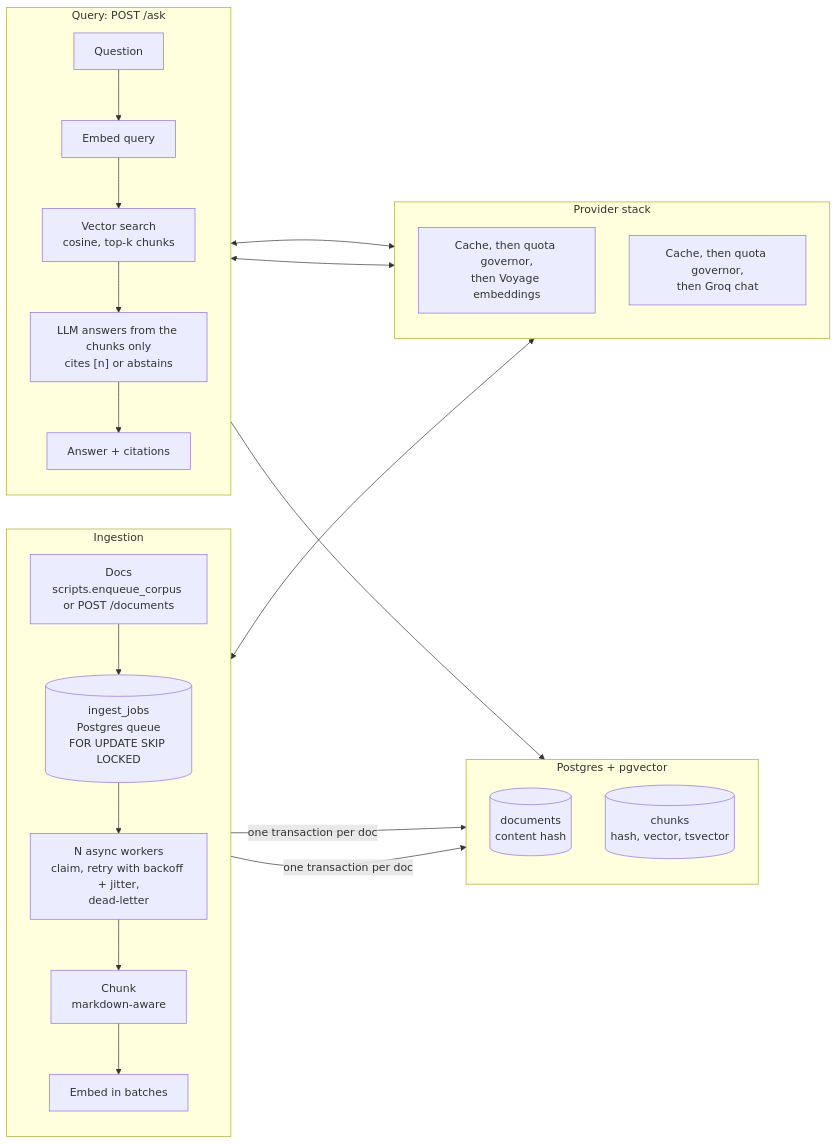
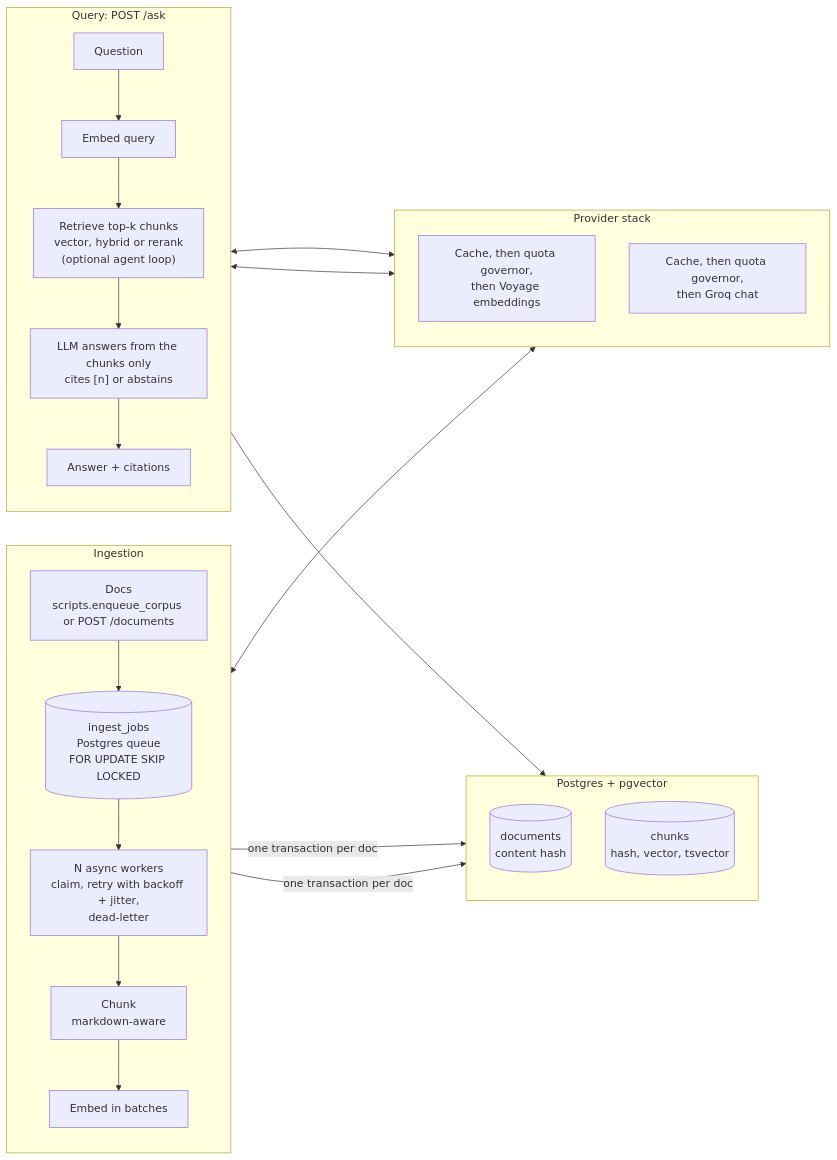
One commit to letims/fastapi-docs-rag changed the diagram in docs/architecture.md. Above: the diagram before and after it, drawn with Mermaid. The commit also changed other lines of this file and 5 other files, not shown here.

Commit message:
Update docs for the cap, the agent loop results and the chat-layer design. Status and results in the README, retrieval and API notes in architecture, heartbeat and the missing delete path in ingestion, new eval commands, roadmap in CLAUDE.md. The chat layer is described as designed, not built.

````diff
--- a/docs/architecture.md
+++ b/docs/architecture.md
@@ -3,41 +3,41 @@
 ```mermaid
 flowchart LR
     subgraph ING["Ingestion"]
         direction TB
         SRC["Docs<br/>scripts.enqueue_corpus or POST /documents"]
         QUEUE[("ingest_jobs<br/>Postgres queue<br/>FOR UPDATE SKIP LOCKED")]
         WORKERS["N async workers<br/>claim, retry with backoff + jitter,<br/>dead-letter"]
         CHUNK["Chunk<br/>markdown-aware"]
         EMBED["Embed in batches"]
         SRC --> QUEUE --> WORKERS --> CHUNK --> EMBED
     end
 
     subgraph STORE["Postgres + pgvector"]
         direction TB
         DOCS[("documents<br/>content hash")]
         CHUNKS[("chunks<br/>hash, vector, tsvector")]
     end
 
     subgraph PROV["Provider stack"]
         direction TB
         STACKEMB["Cache, then quota governor,<br/>then Voyage embeddings"]
         STACKLLM["Cache, then quota governor,<br/>then Groq chat"]
     end
 
     subgraph QRY["Query: POST /ask"]
         direction TB
         Q1["Question"]
         Q2["Embed query"]
-        Q3["Vector search<br/>cosine, top-k chunks"]
+        Q3["Retrieve top-k chunks<br/>vector, hybrid or rerank<br/>(optional agent loop)"]
         Q4["LLM answers from the chunks only<br/>cites [n] or abstains"]
         Q5["Answer + citations"]
         Q1 --> Q2 --> Q3 --> Q4 --> Q5
     end
 
     EMBED <--> STACKEMB
     EMBED -->|"one transaction per doc"| DOCS
     EMBED -->|"one transaction per doc"| CHUNKS
     Q2 <--> STACKEMB
     Q3 --> CHUNKS
     Q4 <--> STACKLLM
 ```
````
